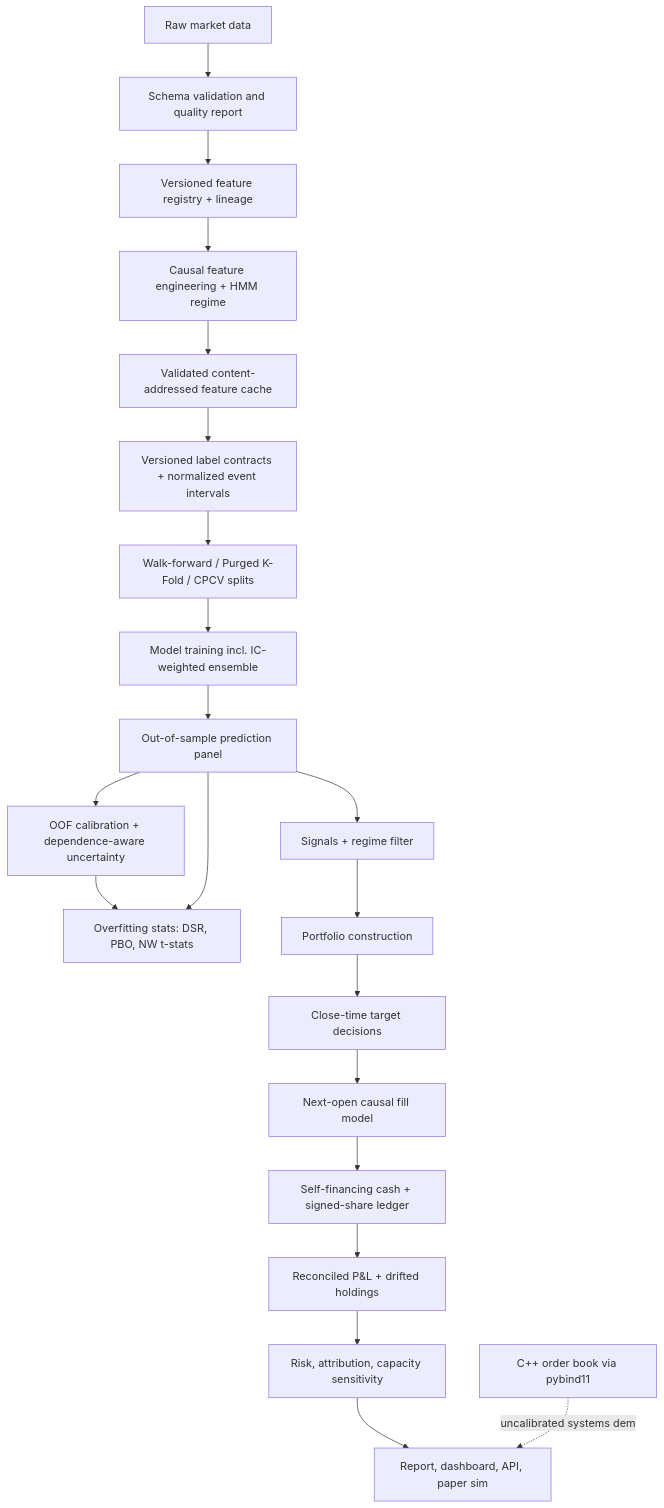
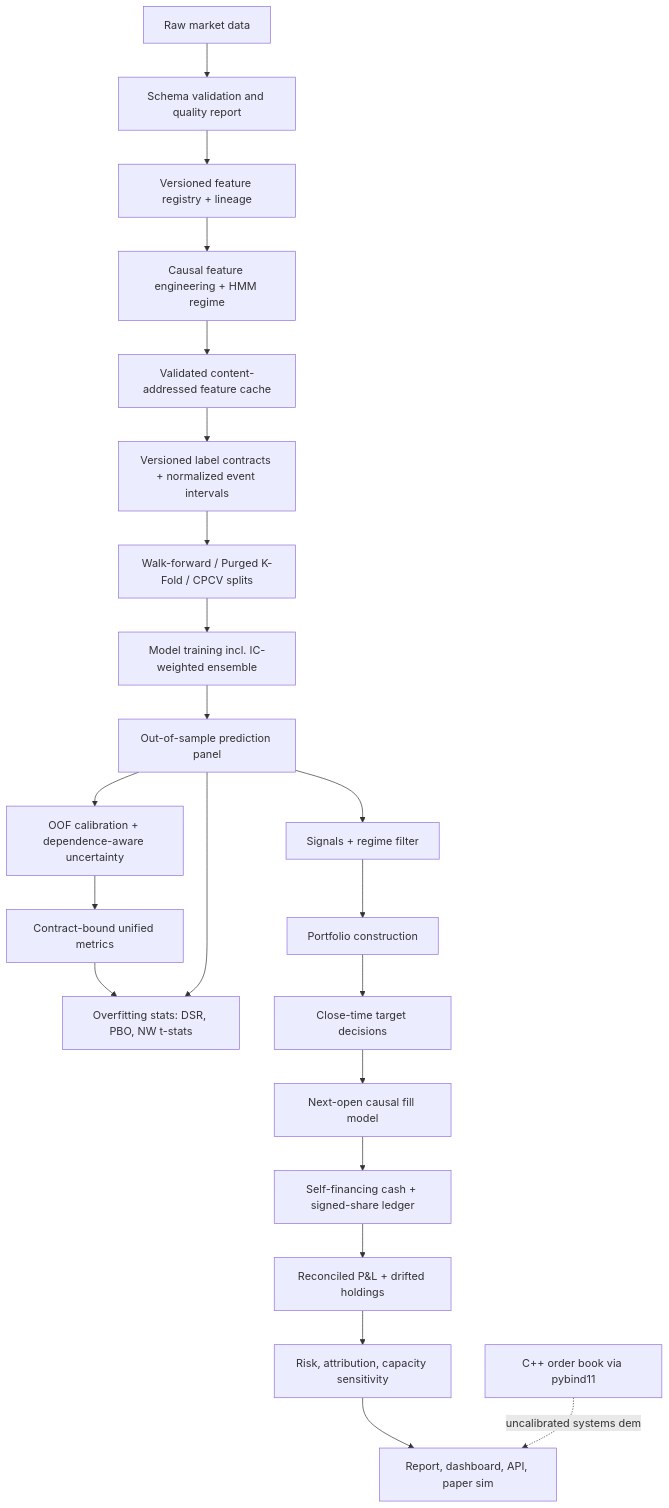
Before and after one commit to srgangaram-swe/AlphaForge: the diagram in docs/architecture.md, drawn with Mermaid. The commit also changed other lines of this file and 9 other files, not shown here.

````diff
--- a/docs/architecture.md
+++ b/docs/architecture.md
@@ -5,23 +5,24 @@
 ```mermaid
 flowchart TD
     raw[Raw market data] --> validate[Schema validation and quality report]
     validate --> registry[Versioned feature registry + lineage]
     registry --> features[Causal feature engineering + HMM regime]
     features --> cache[Validated content-addressed feature cache]
     cache --> labels[Versioned label contracts + normalized event intervals]
     labels --> splits[Walk-forward / Purged K-Fold / CPCV splits]
     splits --> models[Model training incl. IC-weighted ensemble]
     models --> preds[Out-of-sample prediction panel]
     preds --> calibration[OOF calibration + dependence-aware uncertainty]
-    calibration --> overfit
+    calibration --> metrics[Contract-bound unified metrics]
+    metrics --> overfit
     preds --> overfit[Overfitting stats: DSR, PBO, NW t-stats]
     preds --> signals[Signals + regime filter]
     signals --> portfolio[Portfolio construction]
     portfolio --> orders[Close-time target decisions]
     orders --> execution[Next-open causal fill model]
     execution --> ledger[Self-financing cash + signed-share ledger]
     ledger --> backtest[Reconciled P&L + drifted holdings]
     backtest --> risk[Risk, attribution, capacity sensitivity]
     risk --> outputs[Report, dashboard, API, paper sim]
     native[C++ order book via pybind11] -.uncalibrated systems demo.-> outputs
 ```
````
